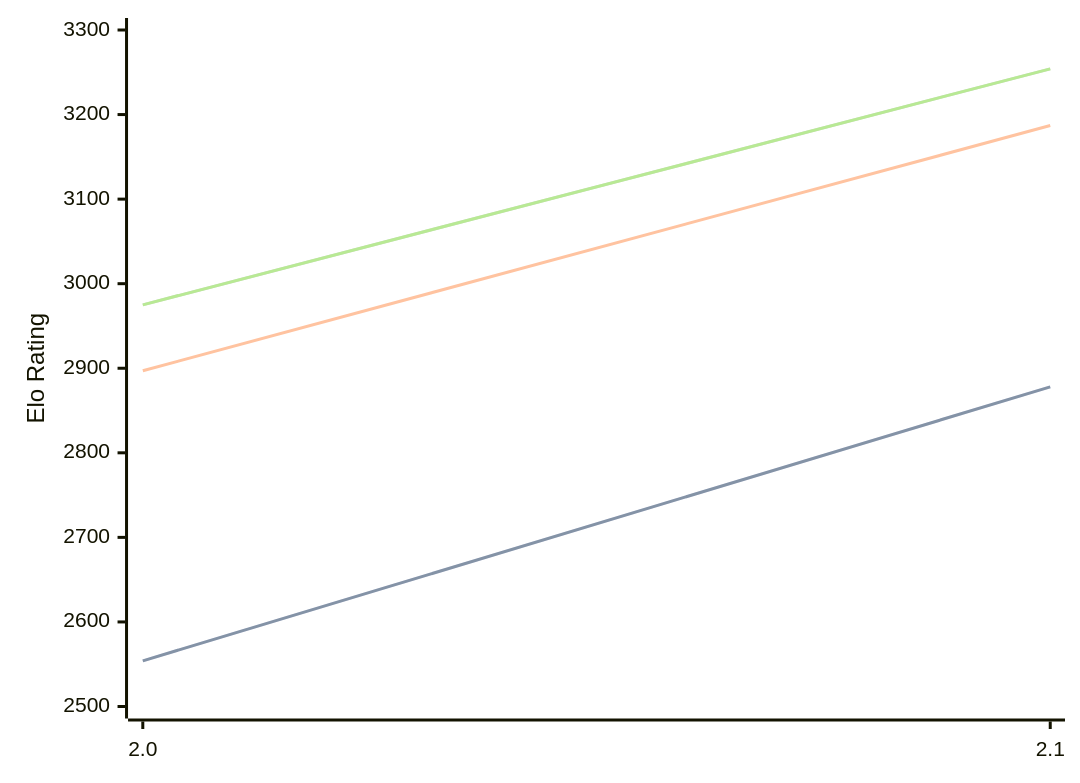
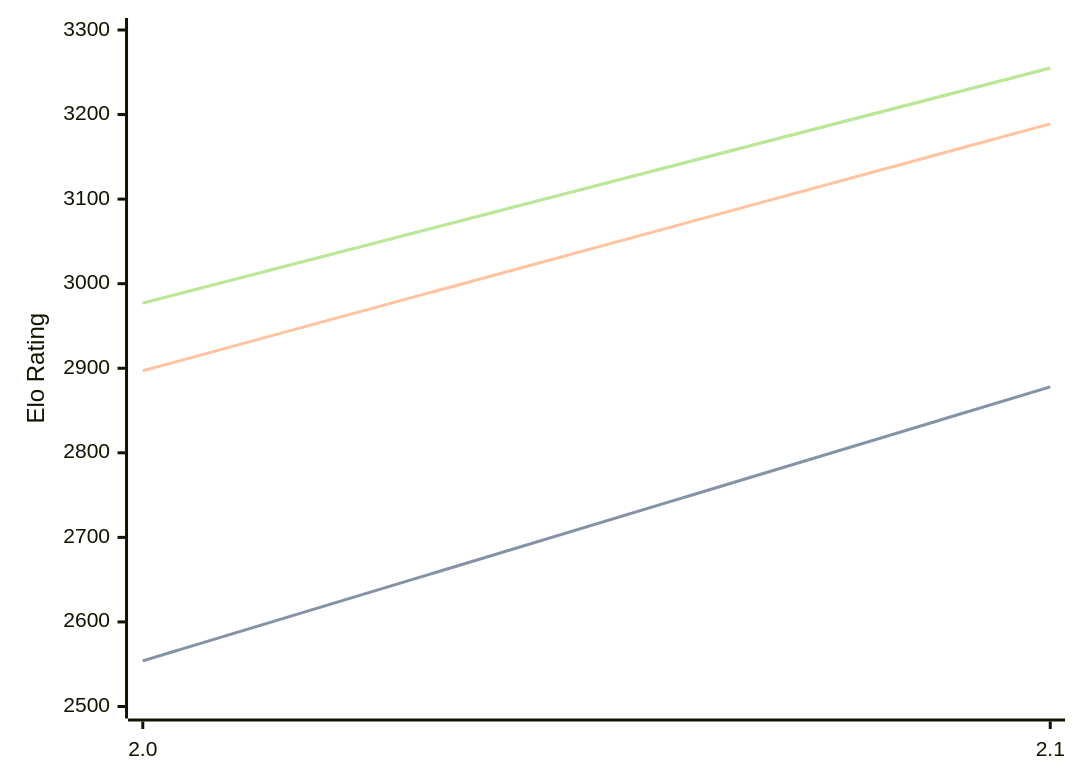
Before and after one commit to computer-chess-index/cci: the diagram in engines/Tunguska.md, drawn with Mermaid. The commit also changed other lines of this file, not shown here.

Commit message:
Update CCI Ratings (ELO VLTC) - 2026-05-12

````diff
--- a/engines/Tunguska.md
+++ b/engines/Tunguska.md
@@ -32,11 +32,11 @@
 ```mermaid
 %%{init: {"theme":"base","themeVariables":{"seriesColors:['#a3a3a3','#222221','#faa371']}}}%%
 xychart-beta
   x-axis ["2.0", "2.1"]
   y-axis "Elo Rating" 2500 --> 3300
   line "STC (8.0+0.08s)" [2554, 2878]
   line "STC (8.0+0.08s)" [2554, 2878]
-  line "LTC (60.0+0.60s)" [2897, 3187]
-  line "VLTC (2m24s+1.12s)" [2975, 3254]
-  line "VLTC (2m24s+1.12s)" [2975, 3254]
+  line "LTC (60.0+0.60s)" [2897, 3189]
+  line "VLTC (2m24s+1.12s)" [2977, 3255]
+  line "VLTC (2m24s+1.12s)" [2977, 3255]
 ```
````
